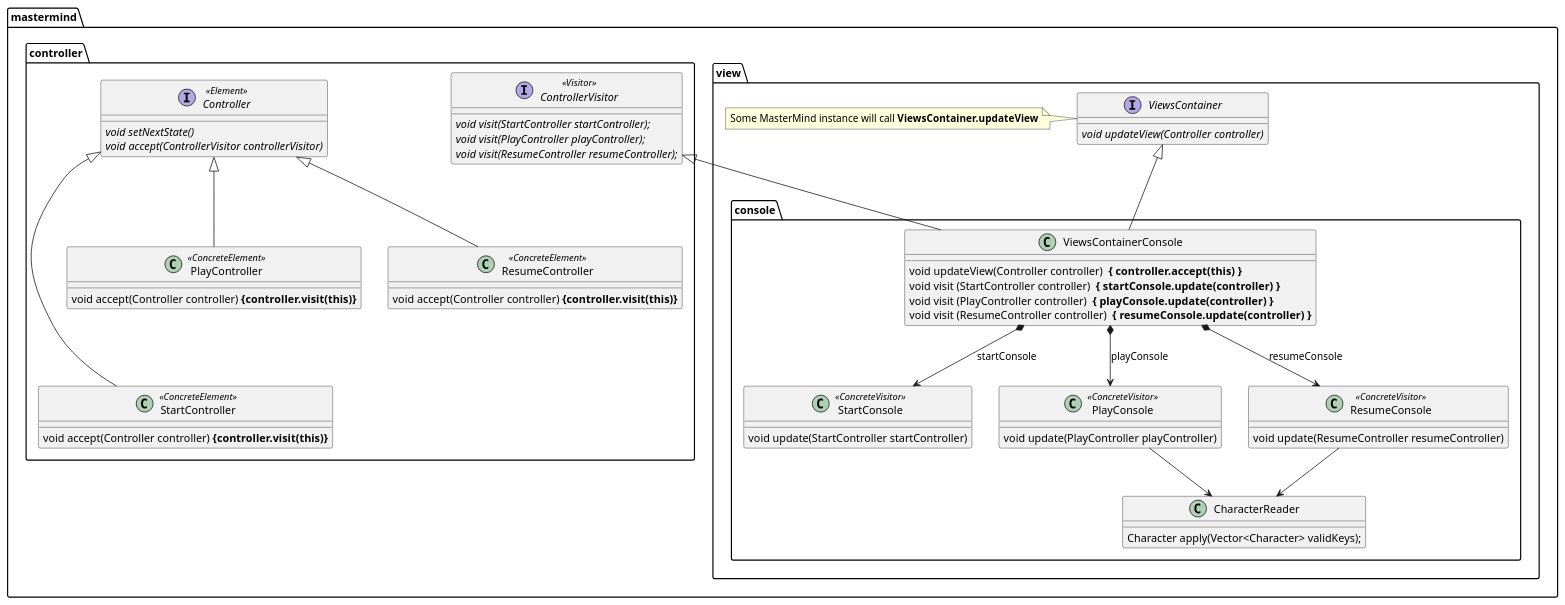
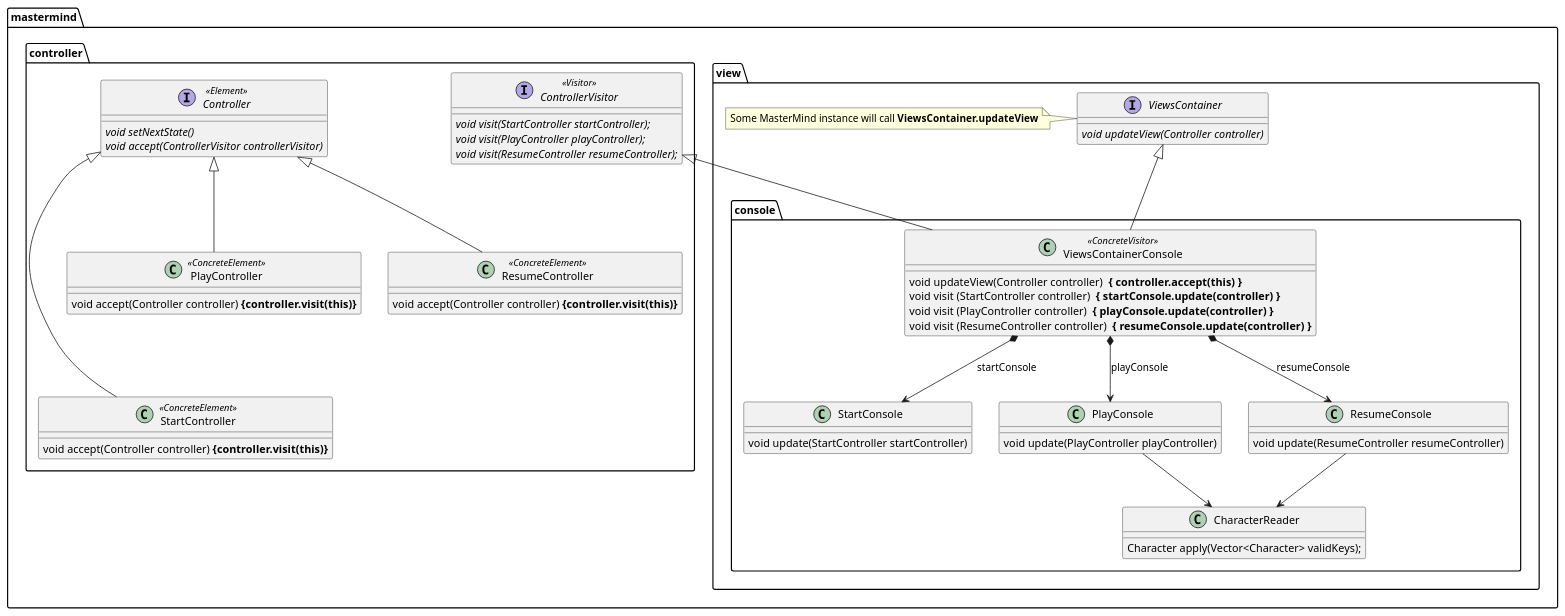
The diagram in doc/mastermind.view.puml (ciscoruiz/mastermind), drawn with PlantUML before and after one commit.

Commit message:
Fix error in mastermind.view diagram

```diff
--- a/doc/mastermind.view.puml
+++ b/doc/mastermind.view.puml
@@ -1,77 +1,77 @@
 @startuml
 
 package mastermind.view {
    interface ViewsContainer {
       {abstract} void updateView(Controller controller)
    }
 note left: Some MasterMind instance will call <b>ViewsContainer.updateView</b>
 }
 
 package mastermind.view.console {
    class CharacterReader {
        Character apply(Vector<Character> validKeys);
    }
 
-   class ViewsContainerConsole {
+   class ViewsContainerConsole <<ConcreteVisitor>> {
        void updateView(Controller controller) <b> { controller.accept(this) }</b>
        void visit (StartController controller) <b> { startConsole.update(controller) }</b>
        void visit (PlayController controller) <b> { playConsole.update(controller) }</b>
        void visit (ResumeController controller) <b> { resumeConsole.update(controller) }</b>
    }
 
-   class StartConsole <<ConcreteVisitor>> {
+   class StartConsole {
        void update(StartController startController)
    }
-   class PlayConsole <<ConcreteVisitor>> {
+   class PlayConsole {
        void update(PlayController playController)
    }
-   class ResumeConsole <<ConcreteVisitor>> {
+   class ResumeConsole {
        void update(ResumeController resumeController)
    }
 }
 
 package mastermind.controller {
    interface Controller <<Element>>{
       {abstract} void setNextState()
       {abstract} void accept(ControllerVisitor controllerVisitor)
    }
 
    interface StartController <<ConcreteElement>>
    interface PlayController <<ConcreteElement>>
    interface ResumeController <<ConcreteElement>>
 
    Controller <|--- StartController
    Controller <|-- PlayController
    Controller <|-- ResumeController
 
    class StartController {
       void accept(Controller controller) <b>{controller.visit(this)}</b>
    }
 
    class PlayController {
       void accept(Controller controller) <b>{controller.visit(this)}</b>
    }
 
    class ResumeController {
       void accept(Controller controller) <b>{controller.visit(this)}</b>
    }
 
    interface ControllerVisitor <<Visitor>> {
       {abstract} void visit(StartController startController);
       {abstract} void visit(PlayController playController);
       {abstract} void visit(ResumeController resumeController);
    }
 }
 
 
 ViewsContainer <|-- ViewsContainerConsole
 ControllerVisitor <|-- ViewsContainerConsole
 
 ViewsContainerConsole *--> StartConsole : startConsole
 ViewsContainerConsole *--> PlayConsole : playConsole
 ViewsContainerConsole *--> ResumeConsole : resumeConsole
 
 PlayConsole --> CharacterReader
 ResumeConsole --> CharacterReader
 
 @enduml
```
